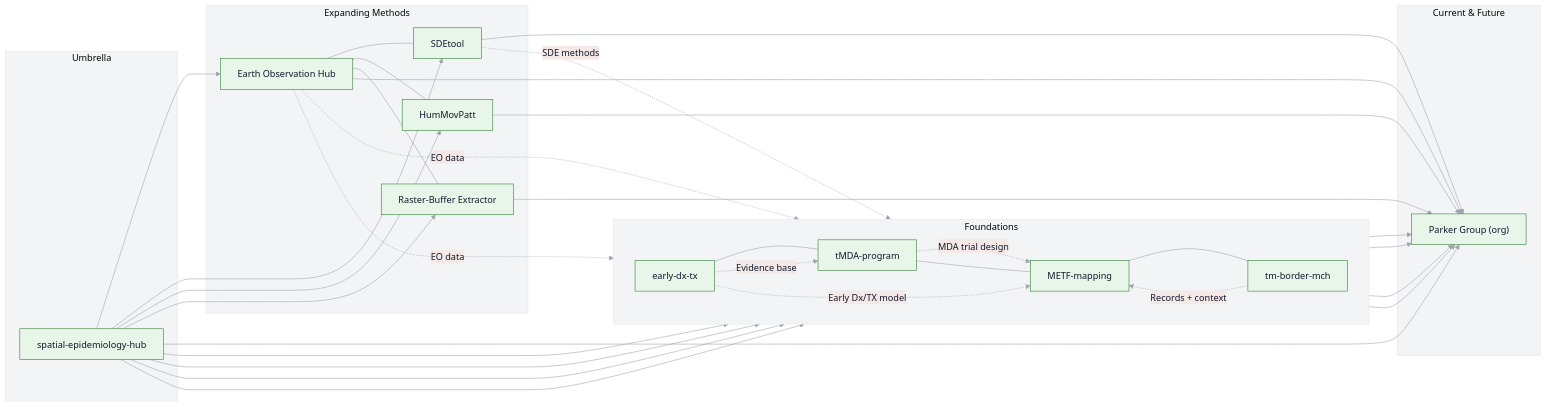
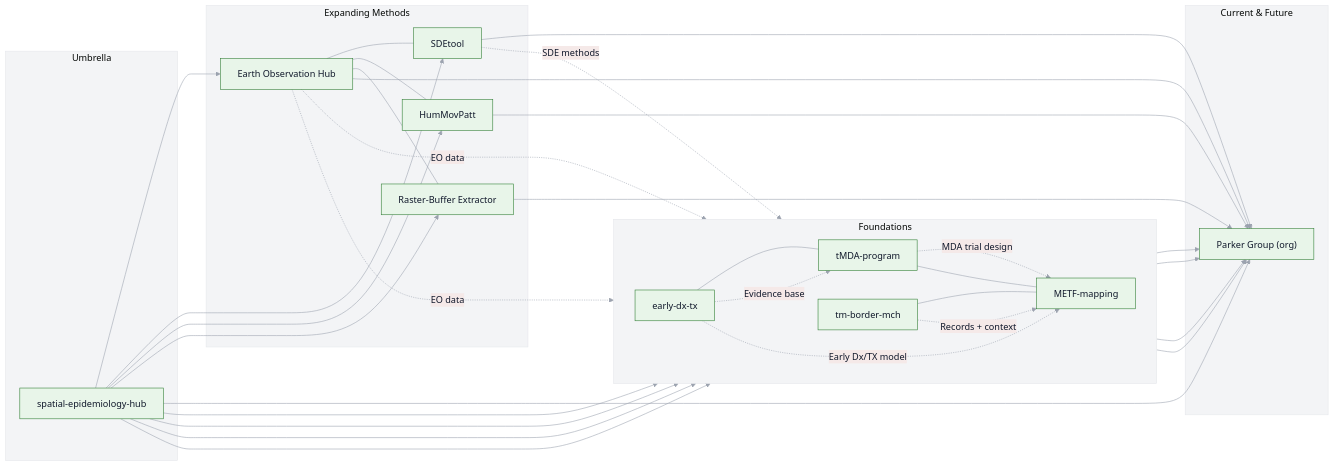
One commit to DMParker1/spatial-epidemiology-hub changed the diagram in README.md. Above: the diagram before and after it, drawn with Mermaid.

````diff
--- a/README.md
+++ b/README.md
@@ -40,72 +40,72 @@
 ```mermaid
 %%{init: {"theme":"base","themeVariables":{
   "background":"#FAFAFA",
   "clusterBkg":"#F3F4F6",
   "clusterBorder":"#E5E7EB",
   "primaryColor":"#E8F5E9",
   "primaryBorderColor":"#2E7D32",
   "primaryTextColor":"#0F172A",
   "lineColor":"#9CA3AF"
 }}}%%
 flowchart LR
   subgraph A[Foundations]
     direction LR
     EDT["early-dx-tx"]
     tMDA["tMDA-program"]
     METF["METF-mapping"]
     MCH["tm-border-mch"]
   end
 
   subgraph B[Expanding Methods]
     EO["Earth Observation Hub"]
     SDE["SDEtool"]
     HUM["HumMovPatt"]
     RBE["Raster-Buffer Extractor"]
   end
 
   subgraph C[Umbrella]
     GIS["spatial-epidemiology-hub"]
   end
 
   subgraph D[Current & Future]
     PG["Parker Group (org)"]
   end
 
   %% umbrella links (solid)
   GIS --> METF
   GIS --> tMDA
   GIS --> EDT
   GIS --> MCH
   GIS --> EO
   GIS --> SDE
   GIS --> HUM
   GIS --> RBE
   GIS --> PG
 
   %% method/theme crosslinks (solid)
   EO --- SDE
   EO --- HUM
   EO --- RBE
   METF --- tMDA
   EDT --- tMDA
-  METF --- MCH
+  MCH --- METF
 
   %% convergence to Parker Group (solid)
   EO --> PG
   SDE --> PG
   HUM --> PG
   RBE --> PG
   METF --> PG
   tMDA --> PG
   EDT --> PG
   MCH --> PG
 
   %% historical/methodological influence (dashed with labels)
   EO -. EO data .-> METF
   EO -. EO data .-> MCH
   SDE -. SDE methods .-> MCH
   EDT -. Evidence base .-> tMDA
   tMDA -. MDA trial design .-> METF
   EDT -. Early Dx/TX model .-> METF
   MCH -. Records + context .-> METF
 ```
````
